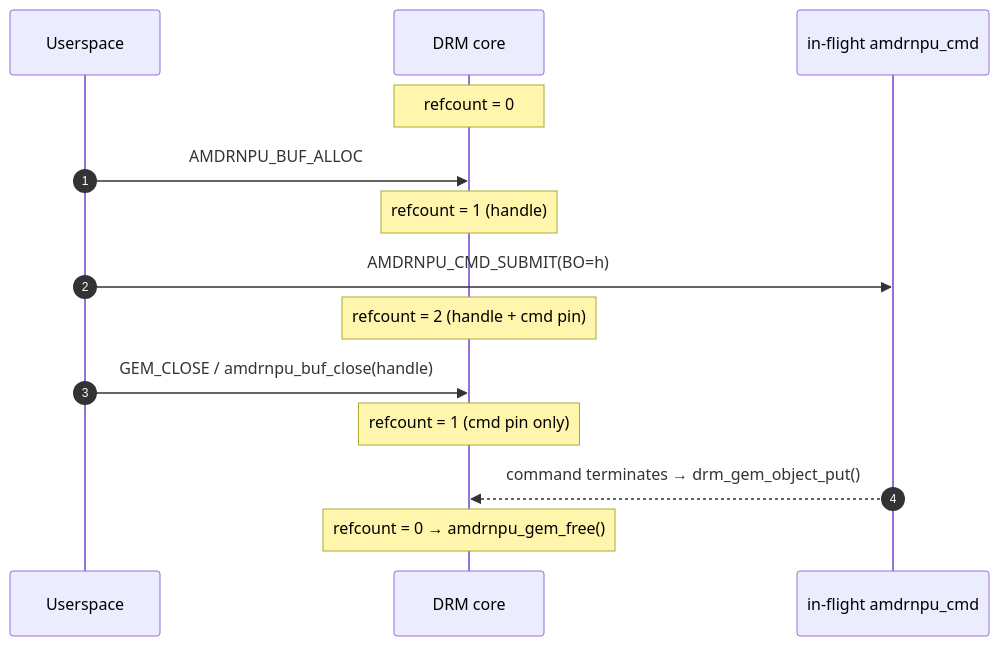
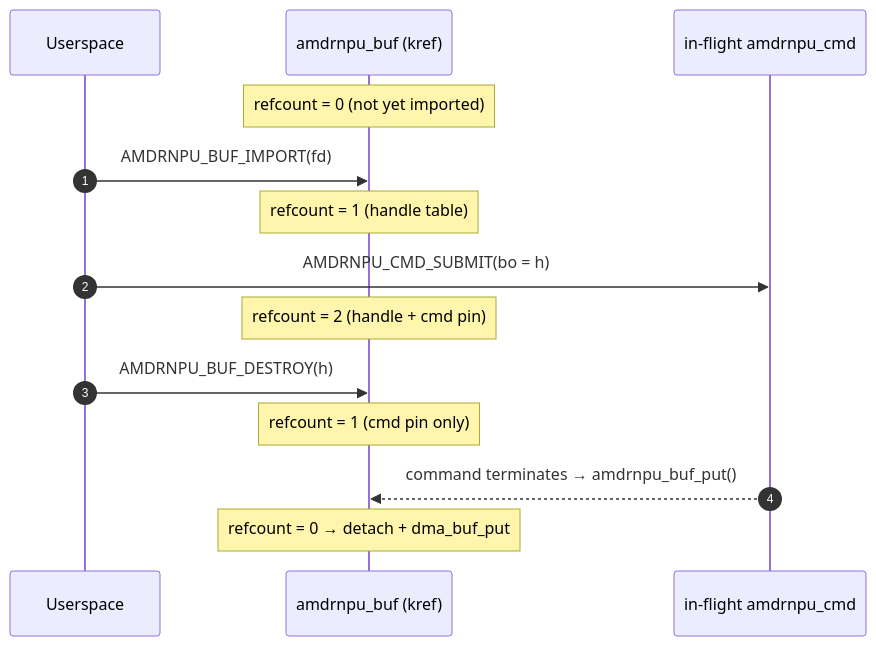
One commit to Xilinx/amdrnpu changed the second of 4 diagrams in docs/buffer-management.md. Above: the diagram before and after it, drawn with Mermaid. The commit also changed other lines of this file and 11 other files, not shown here.

````diff
--- a/docs/buffer-management.md
+++ b/docs/buffer-management.md
@@ -58,20 +56,20 @@
 ```mermaid
 sequenceDiagram
     autonumber
     participant U as Userspace
-    participant CORE as DRM core
+    participant BUF as amdrnpu_buf (kref)
     participant CMD as in-flight amdrnpu_cmd
-    Note over CORE: refcount = 0
+    Note over BUF: refcount = 0 (not yet imported)
 
-    U->>CORE: AMDRNPU_BUF_ALLOC
-    Note over CORE: refcount = 1 (handle)
+    U->>BUF: AMDRNPU_BUF_IMPORT(fd)
+    Note over BUF: refcount = 1 (handle table)
 
-    U->>CMD: AMDRNPU_CMD_SUBMIT(BO=h)
-    Note over CORE: refcount = 2 (handle + cmd pin)
+    U->>CMD: AMDRNPU_CMD_SUBMIT(bo = h)
+    Note over BUF: refcount = 2 (handle + cmd pin)
 
-    U->>CORE: GEM_CLOSE / amdrnpu_buf_close(handle)
-    Note over CORE: refcount = 1 (cmd pin only)
+    U->>BUF: AMDRNPU_BUF_DESTROY(h)
+    Note over BUF: refcount = 1 (cmd pin only)
 
-    CMD-->>CORE: command terminates → drm_gem_object_put()
-    Note over CORE: refcount = 0 → amdrnpu_gem_free()
+    CMD-->>BUF: command terminates → amdrnpu_buf_put()
+    Note over BUF: refcount = 0 → detach + dma_buf_put
 ```
````
